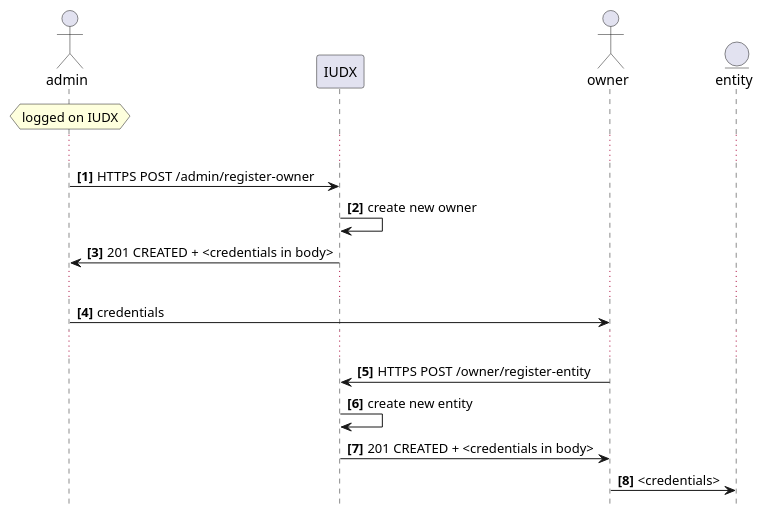
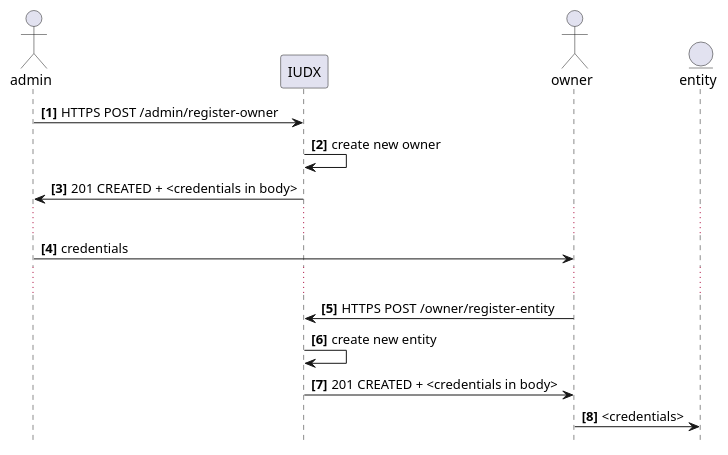
One commit to rbccps-iisc/corinthian changed the diagram in DOCS/sequence-diagrams/register.plantuml. Above: the diagram before and after it, drawn with PlantUML. The commit also changed 1 other file, not shown here.

```diff
--- a/DOCS/sequence-diagrams/register.plantuml
+++ b/DOCS/sequence-diagrams/register.plantuml
@@ -1,37 +1,34 @@
 @startuml
 hide footbox
 autonumber "<b>[0]"
 
 actor admin
-
-hnote over admin : logged on IUDX 
-...
 
 admin -> IUDX : HTTPS POST /admin/register-owner
 
 
 
 IUDX -> IUDX : create new owner
 
 IUDX -> admin: 201 CREATED + <credentials in body>
 
 ...
 actor owner
 admin -> owner : credentials
 
 ...
 
 
 owner -> IUDX : HTTPS POST /owner/register-entity
 
 IUDX -> IUDX : create new entity
 
 
 
 IUDX -> owner:  201 CREATED + <credentials in body>
 
 entity entity
 owner -> entity : <credentials>
 
 
 @enduml
```
